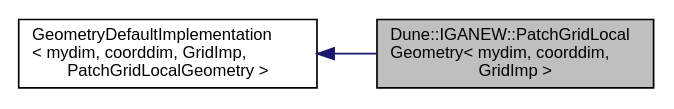
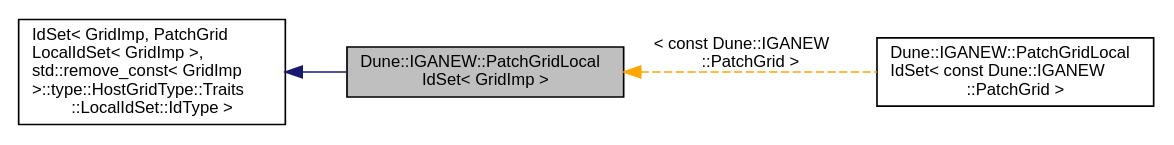
The diagram in d4/da7/a01102.dot (rath3t/dune-iga-doc), drawn with Graphviz before and after one commit. The commit also changed 946 other files, not shown here.

```diff
--- a/d4/da7/a01102.dot
+++ b/d4/da7/a01102.dot
@@ -1,10 +1,12 @@
-digraph "Dune::IGANEW::PatchGridLocalGeometry&lt; mydim, coorddim, GridImp &gt;"
+digraph "Dune::IGANEW::PatchGridLocalIdSet&lt; GridImp &gt;"
 {
  // LATEX_PDF_SIZE
   edge [fontname="Helvetica",fontsize="10",labelfontname="Helvetica",labelfontsize="10"];
   node [fontname="Helvetica",fontsize="10",shape=record];
   rankdir="LR";
-  Node1 [label="Dune::IGANEW::PatchGridLocal\lGeometry\< mydim, coorddim,\l GridImp \>",height=0.2,width=0.4,color="black", fillcolor="grey75", style="filled", fontcolor="black",tooltip=" "];
+  Node1 [label="Dune::IGANEW::PatchGridLocal\lIdSet\< GridImp \>",height=0.2,width=0.4,color="black", fillcolor="grey75", style="filled", fontcolor="black",tooltip=" "];
   Node2 -> Node1 [dir="back",color="midnightblue",fontsize="10",style="solid",fontname="Helvetica"];
-  Node2 [label="GeometryDefaultImplementation\l\< mydim, coorddim, GridImp,\l PatchGridLocalGeometry \>",height=0.2,width=0.4,color="black", fillcolor="white", style="filled",tooltip=" "];
+  Node2 [label="IdSet\< GridImp, PatchGrid\lLocalIdSet\< GridImp \>,\l std::remove_const\< GridImp\l \>::type::HostGridType::Traits\l::LocalIdSet::IdType \>",height=0.2,width=0.4,color="black", fillcolor="white", style="filled",tooltip=" "];
+  Node1 -> Node3 [dir="back",color="orange",fontsize="10",style="dashed",label=" \< const Dune::IGANEW\l::PatchGrid \>" ,fontname="Helvetica"];
+  Node3 [label="Dune::IGANEW::PatchGridLocal\lIdSet\< const Dune::IGANEW\l::PatchGrid \>",height=0.2,width=0.4,color="black", fillcolor="white", style="filled",URL="$d9/d10/a01103.html",tooltip=" "];
 }
```
